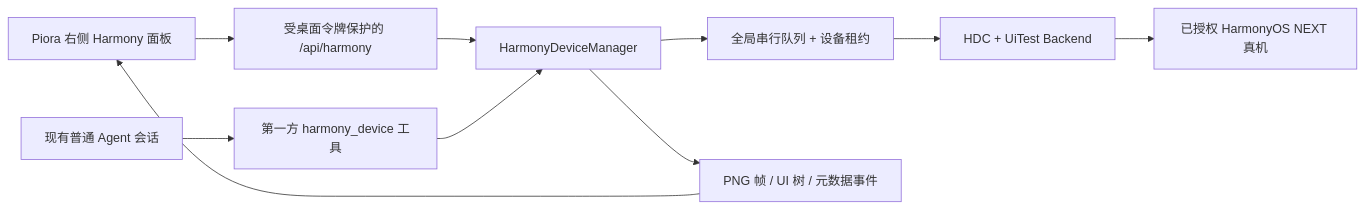
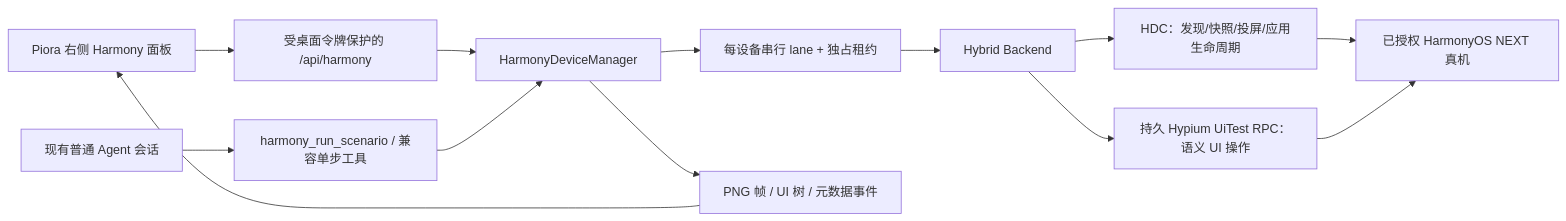
Before and after one commit to JohnJAS/Piora: the diagram in docs/HARMONYOS_NEXT_DEVICE_AUTOMATION_DESIGN.md, drawn with Mermaid. The commit also changed other lines of this file and 36 other files, not shown here.

Commit message:
feat: rebuild Harmony device automation

````diff
--- a/docs/HARMONYOS_NEXT_DEVICE_AUTOMATION_DESIGN.md
+++ b/docs/HARMONYOS_NEXT_DEVICE_AUTOMATION_DESIGN.md
@@ -46,12 +46,15 @@
 ```mermaid
 flowchart LR
   UI["Piora 右侧 Harmony 面板"] --> API["受桌面令牌保护的 /api/harmony"]
-  AI["现有普通 Agent 会话"] --> Tool["第一方 harmony_device 工具"]
+  AI["现有普通 Agent 会话"] --> Tool["harmony_run_scenario / 兼容单步工具"]
   API --> Manager["HarmonyDeviceManager"]
   Tool --> Manager
-  Manager --> Queue["全局串行队列 + 设备租约"]
-  Queue --> Backend["HDC + UiTest Backend"]
-  Backend --> Phone["已授权 HarmonyOS NEXT 真机"]
+  Manager --> Queue["每设备串行 lane + 独占租约"]
+  Queue --> Hybrid["Hybrid Backend"]
+  Hybrid --> HDC["HDC：发现/快照/投屏/应用生命周期"]
+  Hybrid --> Hypium["持久 Hypium UiTest RPC：语义 UI 操作"]
+  HDC --> Phone["已授权 HarmonyOS NEXT 真机"]
+  Hypium --> Phone
   Manager --> Frames["PNG 帧 / UI 树 / 元数据事件"]
   Frames --> UI
 ```
````
